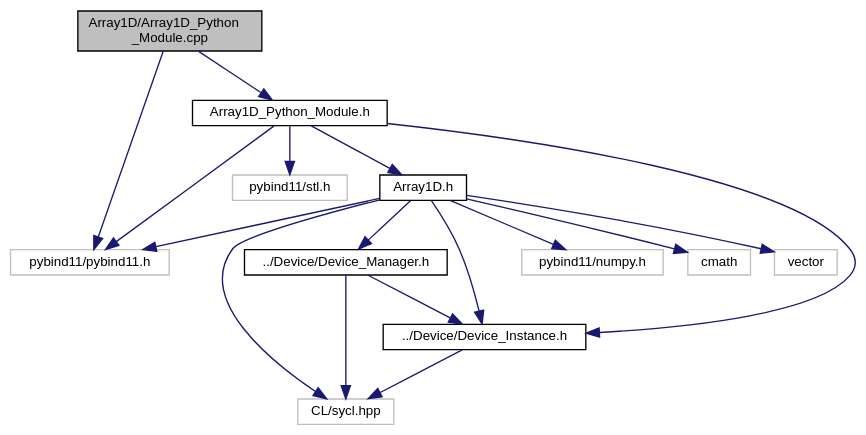
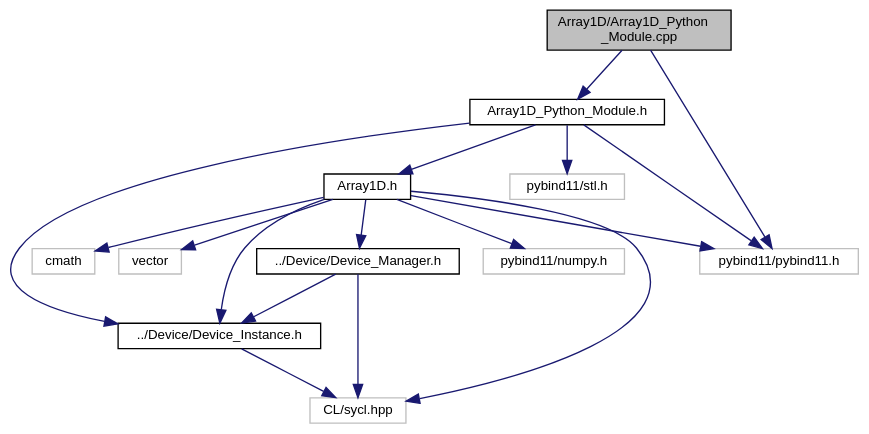
The diagram in docs/PySYCL_doxygen_html/_array1_d___python___module_8cpp__incl.dot (OsmanAEG/PySYCL), drawn with Graphviz before and after one commit. The commit also changed 160 other files, not shown here.

```diff
--- a/docs/PySYCL_doxygen_html/_array1_d___python___module_8cpp__incl.dot
+++ b/docs/PySYCL_doxygen_html/_array1_d___python___module_8cpp__incl.dot
@@ -1,35 +1,35 @@
 digraph "Array1D/Array1D_Python_Module.cpp"
 {
  // INTERACTIVE_SVG=YES
  // LATEX_PDF_SIZE
   bgcolor="transparent";
   edge [fontname="Helvetica",fontsize="10",labelfontname="Helvetica",labelfontsize="10"];
   node [fontname="Helvetica",fontsize="10",shape=record];
   Node1 [label="Array1D/Array1D_Python\l_Module.cpp",height=0.2,width=0.4,color="black", fillcolor="grey75", style="filled", fontcolor="black",tooltip="Python module for array_1d in PySYCL."];
   Node1 -> Node2 [color="midnightblue",fontsize="10",style="solid",fontname="Helvetica"];
   Node2 [label="pybind11/pybind11.h",height=0.2,width=0.4,color="grey75",tooltip=" "];
   Node1 -> Node3 [color="midnightblue",fontsize="10",style="solid",fontname="Helvetica"];
   Node3 [label="Array1D_Python_Module.h",height=0.2,width=0.4,color="black",URL="$_array1_d___python___module_8h.html",tooltip="Python module for an array_1d object in PySYCL."];
   Node3 -> Node2 [color="midnightblue",fontsize="10",style="solid",fontname="Helvetica"];
   Node3 -> Node4 [color="midnightblue",fontsize="10",style="solid",fontname="Helvetica"];
   Node4 [label="pybind11/stl.h",height=0.2,width=0.4,color="grey75",tooltip=" "];
   Node3 -> Node5 [color="midnightblue",fontsize="10",style="solid",fontname="Helvetica"];
-  Node5 [label="Array1D.h",height=0.2,width=0.4,color="black",URL="$_array1_d_8h.html",tooltip="Array1D in PySYCL."];
+  Node5 [label="../Device/Device_Instance.h",height=0.2,width=0.4,color="black",URL="$_device___instance_8h.html",tooltip="Device instance for device selection in PySYCL."];
   Node5 -> Node6 [color="midnightblue",fontsize="10",style="solid",fontname="Helvetica"];
   Node6 [label="CL/sycl.hpp",height=0.2,width=0.4,color="grey75",tooltip=" "];
-  Node5 -> Node7 [color="midnightblue",fontsize="10",style="solid",fontname="Helvetica"];
-  Node7 [label="pybind11/numpy.h",height=0.2,width=0.4,color="grey75",tooltip=" "];
-  Node5 -> Node2 [color="midnightblue",fontsize="10",style="solid",fontname="Helvetica"];
-  Node5 -> Node8 [color="midnightblue",fontsize="10",style="solid",fontname="Helvetica"];
-  Node8 [label="cmath",height=0.2,width=0.4,color="grey75",tooltip=" "];
-  Node5 -> Node9 [color="midnightblue",fontsize="10",style="solid",fontname="Helvetica"];
-  Node9 [label="vector",height=0.2,width=0.4,color="grey75",tooltip=" "];
-  Node5 -> Node10 [color="midnightblue",fontsize="10",style="solid",fontname="Helvetica"];
-  Node10 [label="../Device/Device_Instance.h",height=0.2,width=0.4,color="black",URL="$_device___instance_8h.html",tooltip="Device instance for device selection in PySYCL."];
-  Node10 -> Node6 [color="midnightblue",fontsize="10",style="solid",fontname="Helvetica"];
-  Node5 -> Node11 [color="midnightblue",fontsize="10",style="solid",fontname="Helvetica"];
+  Node3 -> Node7 [color="midnightblue",fontsize="10",style="solid",fontname="Helvetica"];
+  Node7 [label="Array1D.h",height=0.2,width=0.4,color="black",URL="$_array1_d_8h.html",tooltip="Array1D in PySYCL."];
+  Node7 -> Node6 [color="midnightblue",fontsize="10",style="solid",fontname="Helvetica"];
+  Node7 -> Node8 [color="midnightblue",fontsize="10",style="solid",fontname="Helvetica"];
+  Node8 [label="pybind11/numpy.h",height=0.2,width=0.4,color="grey75",tooltip=" "];
+  Node7 -> Node2 [color="midnightblue",fontsize="10",style="solid",fontname="Helvetica"];
+  Node7 -> Node9 [color="midnightblue",fontsize="10",style="solid",fontname="Helvetica"];
+  Node9 [label="cmath",height=0.2,width=0.4,color="grey75",tooltip=" "];
+  Node7 -> Node10 [color="midnightblue",fontsize="10",style="solid",fontname="Helvetica"];
+  Node10 [label="vector",height=0.2,width=0.4,color="grey75",tooltip=" "];
+  Node7 -> Node5 [color="midnightblue",fontsize="10",style="solid",fontname="Helvetica"];
+  Node7 -> Node11 [color="midnightblue",fontsize="10",style="solid",fontname="Helvetica"];
   Node11 [label="../Device/Device_Manager.h",height=0.2,width=0.4,color="black",URL="$_device___manager_8h.html",tooltip="Device instance for device selection in PySYCL."];
   Node11 -> Node6 [color="midnightblue",fontsize="10",style="solid",fontname="Helvetica"];
-  Node11 -> Node10 [color="midnightblue",fontsize="10",style="solid",fontname="Helvetica"];
-  Node3 -> Node10 [color="midnightblue",fontsize="10",style="solid",fontname="Helvetica"];
+  Node11 -> Node5 [color="midnightblue",fontsize="10",style="solid",fontname="Helvetica"];
 }
```
